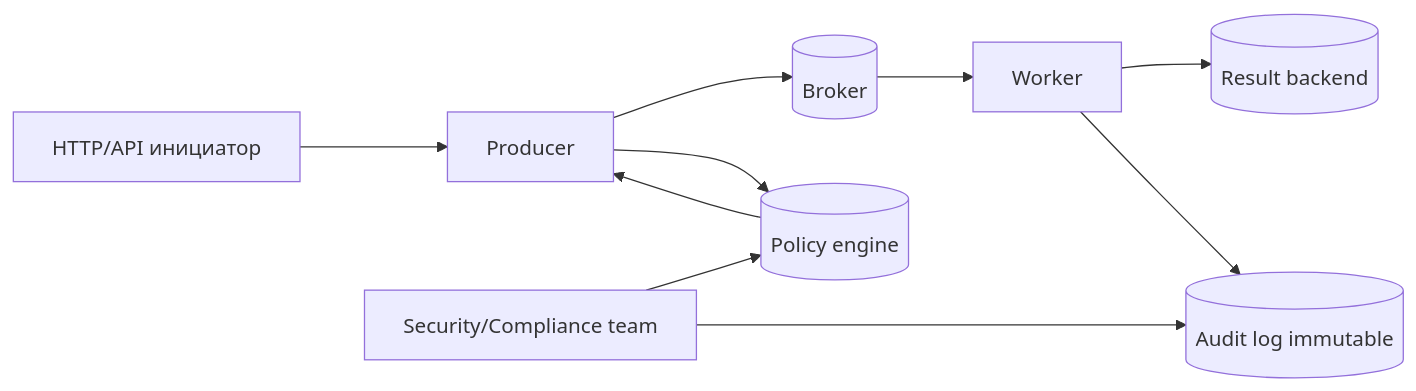
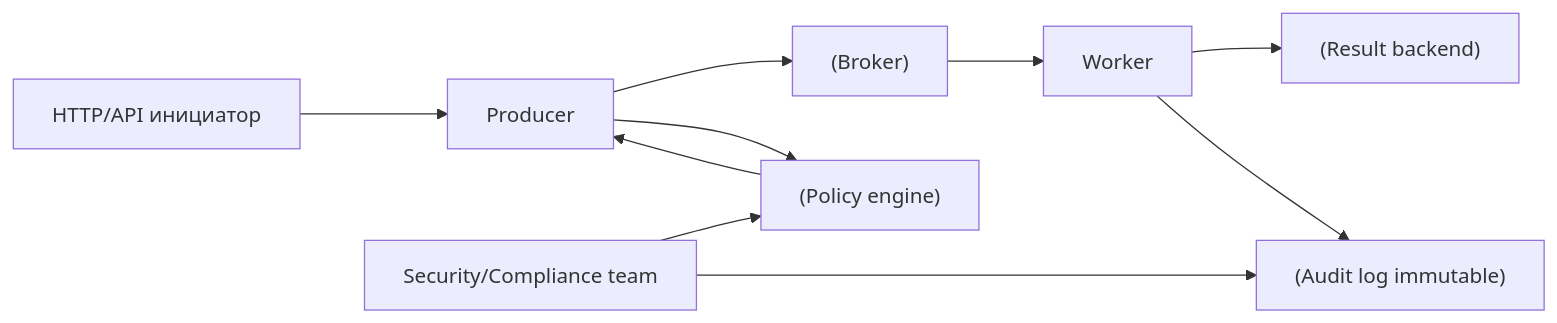
One commit to DDoSKudya/ai-study-atlas changed the diagram in directions/services/celery/pact/31_komplaens_dannye_audit_i_politiki/09_31_skvoznaya_model_compliance_potoka.md. Above: the diagram before and after it, drawn with Mermaid. The commit also changed 322 other files, not shown here.

Commit message:
fix(docs): make mermaid diagrams GitHub-compatible across directions content

````diff
--- a/directions/services/celery/pact/31_komplaens_dannye_audit_i_politiki/09_31_skvoznaya_model_compliance_potoka.md
+++ b/directions/services/celery/pact/31_komplaens_dannye_audit_i_politiki/09_31_skvoznaya_model_compliance_potoka.md
@@ -6,12 +6,12 @@
 ```mermaid
 flowchart LR
-    A[HTTP/API инициатор] --> B[Producer]
-    B --> C[(Broker)]
-    C --> D[Worker]
-    D --> E[(Result backend)]
-    D --> F[(Audit log immutable)]
-    B --> G[(Policy engine)]
+    A["HTTP/API инициатор"] --> B["Producer"]
+    B --> C["(Broker)"]
+    C --> D["Worker"]
+    D --> E["(Result backend)"]
+    D --> F["(Audit log immutable)"]
+    B --> G["(Policy engine)"]
     G --> B
-    H[Security/Compliance team] --> G
+    H["Security/Compliance team"] --> G
     H --> F
 ```
````
